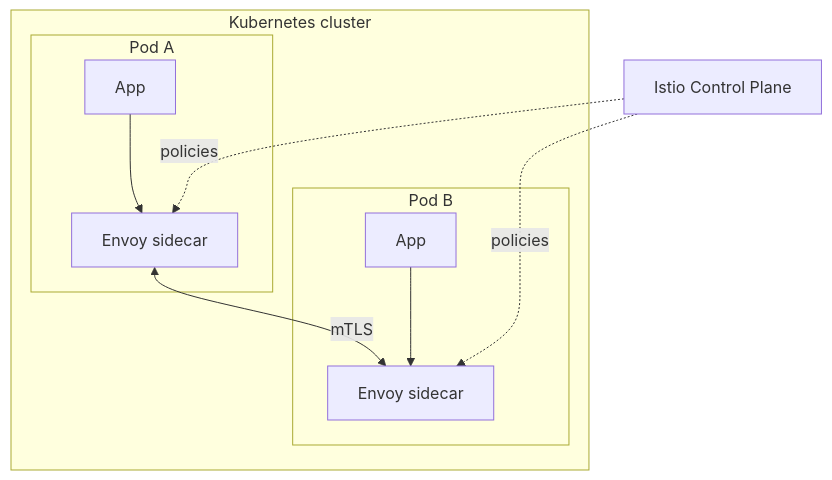
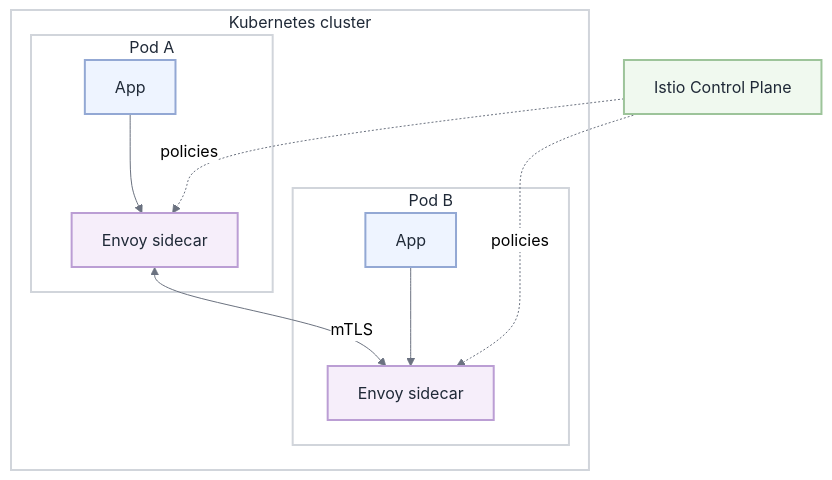
The diagram in docs/interview/networking-protocols.md (MishaSytch/middle_java_back), drawn with Mermaid before and after one commit. The commit also changed 15 other files, not shown here.

````diff
--- a/docs/interview/networking-protocols.md
+++ b/docs/interview/networking-protocols.md
@@ -537,19 +537,32 @@
 ```mermaid
+%%{init: { 'theme': 'neutral', 'themeVariables': { 'primaryColor': '#ffffff', 'primaryTextColor': '#1f2937', 'lineColor': '#6b7280', 'primaryBorderColor': '#d1d5db', 'secondaryColor': '#f3f4f6', 'tertiaryColor': '#e5e7eb' } } }%%
 flowchart TD
     subgraph Cluster[Kubernetes cluster]
         subgraph PodA[Pod A]
             AppA[App]
             EnvoyA[Envoy sidecar]
             AppA --> EnvoyA
         end
         subgraph PodB[Pod B]
             AppB[App]
             EnvoyB[Envoy sidecar]
             AppB --> EnvoyB
         end
         EnvoyA <-->|mTLS| EnvoyB
     end
     CP[Istio Control Plane]
     CP -.->|policies| EnvoyA
     CP -.->|policies| EnvoyB
+    classDef n0 fill:#eef4ff,stroke:#93a8d4,stroke-width:2px,color:#1f2937
+    classDef n1 fill:#f6eefa,stroke:#bb9ed4,stroke-width:2px,color:#1f2937
+    classDef n2 fill:#f0f9ef,stroke:#9dc49a,stroke-width:2px,color:#1f2937
+    classDef n3 fill:#ffffff,stroke:#d1d5db,stroke-width:2px,color:#1f2937
+    class AppA n0
+    class AppB n0
+    class EnvoyA n1
+    class EnvoyB n1
+    class CP n2
+    class PodA n3
+    class PodB n3
+    class Cluster n3
 ```
````
